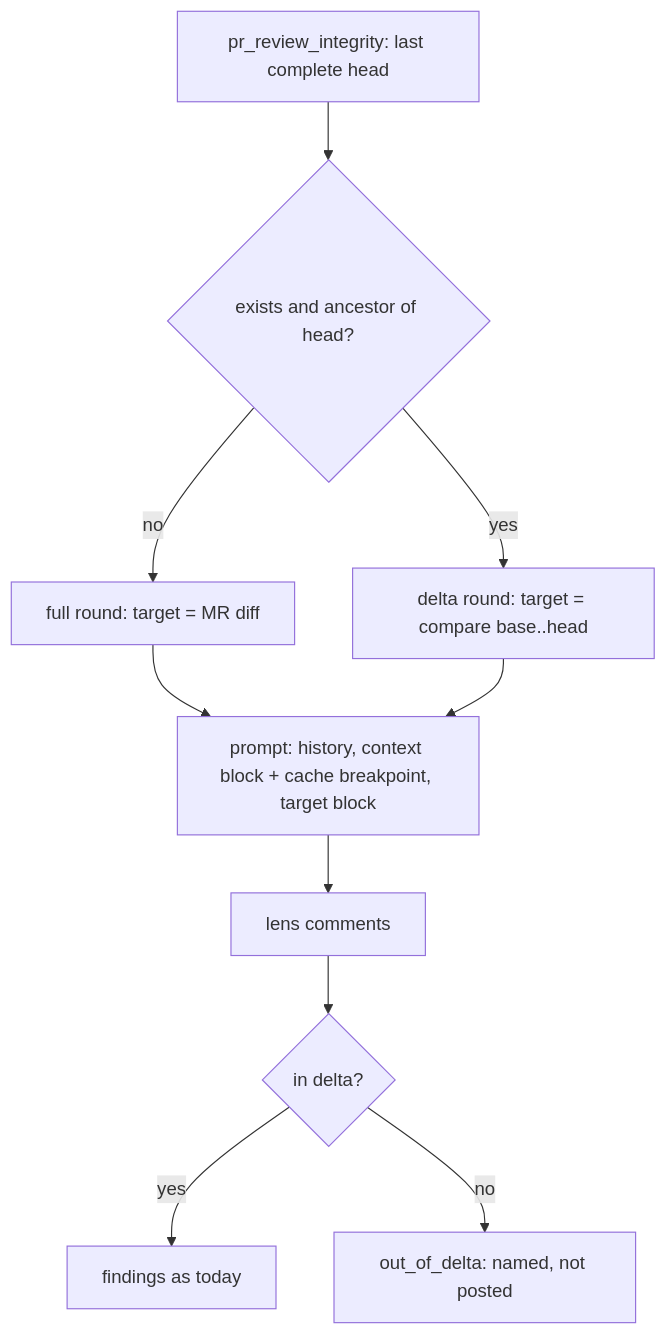
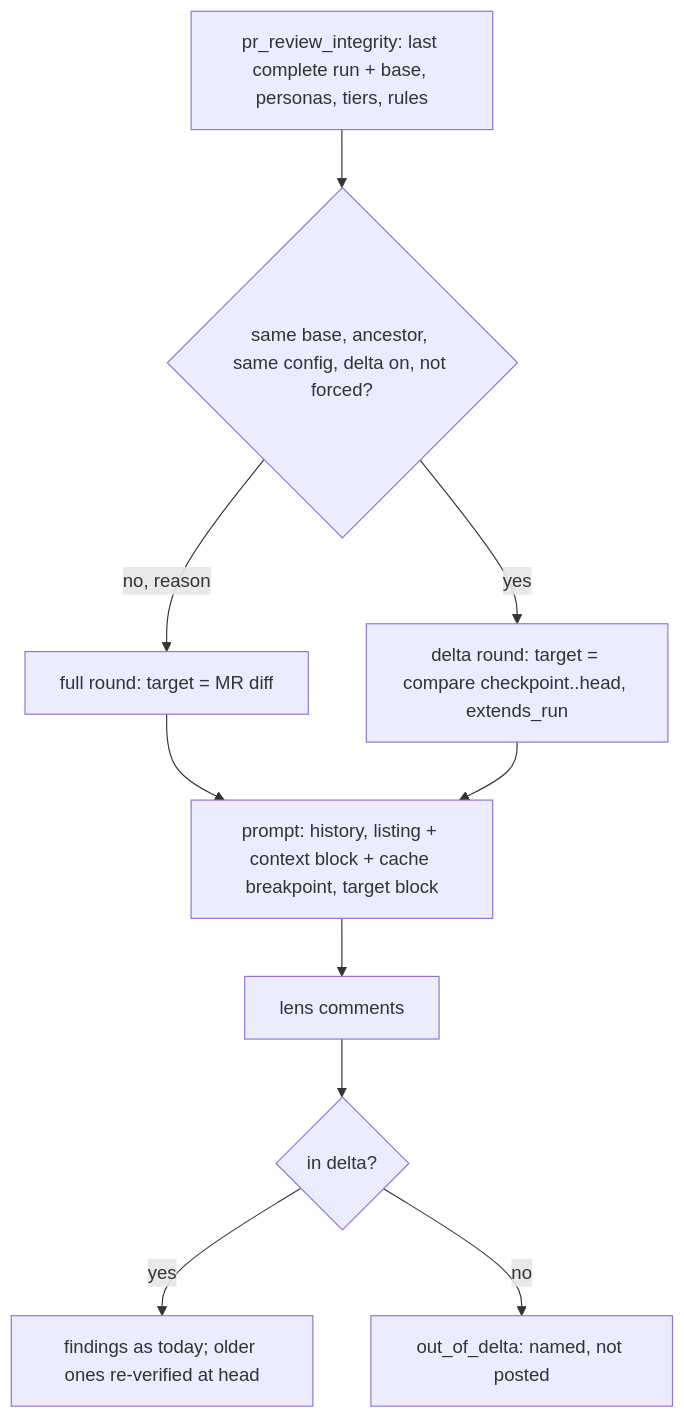
Before and after one commit to repoachhq/repoach: the diagram in docs/specs/2026-11-15_SP-REVIEW-DELTA-FIRST_review-the-diff-since-the-last-reviewed-head-with-the-mr-as-context.md, drawn with Mermaid. The commit also changed other lines of this file and 3 other files, not shown here.

First line of the commit message:
docs(specs): fold incremental-head into delta-first

````diff
--- a/docs/specs/2026-11-15_SP-REVIEW-DELTA-FIRST_review-the-diff-since-the-last-reviewed-head-with-the-mr-as-context.md
+++ b/docs/specs/2026-11-15_SP-REVIEW-DELTA-FIRST_review-the-diff-since-the-last-reviewed-head-with-the-mr-as-context.md
@@ -201,10 +282,10 @@
 ```mermaid
 flowchart TD
-    I[pr_review_integrity: last complete head] --> K{exists and ancestor of head?}
-    K -->|no| F[full round: target = MR diff]
-    K -->|yes| D[delta round: target = compare base..head]
-    F & D --> P[prompt: history, context block + cache breakpoint, target block]
+    I[pr_review_integrity: last complete run + base, personas, tiers, rules] --> K{same base, ancestor, same config, delta on, not forced?}
+    K -->|no, reason| F[full round: target = MR diff]
+    K -->|yes| D[delta round: target = compare checkpoint..head, extends_run]
+    F & D --> P[prompt: history, listing + context block + cache breakpoint, target block]
     P --> L[lens comments] --> R{in delta?}
-    R -->|yes| N[findings as today]
+    R -->|yes| N[findings as today; older ones re-verified at head]
     R -->|no| O[out_of_delta: named, not posted]
 ```
````
